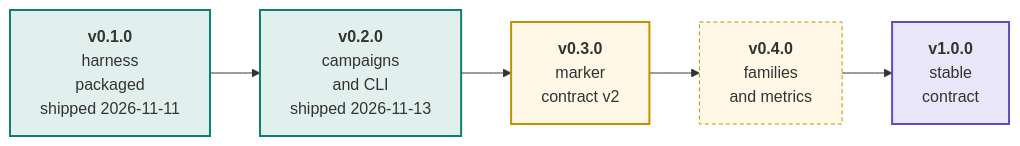
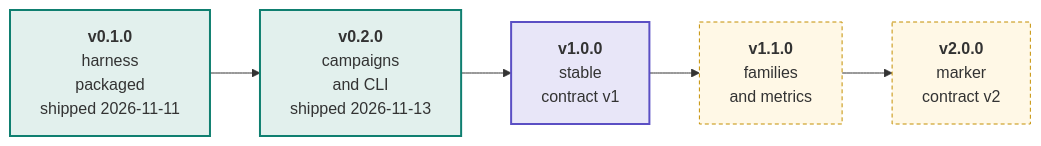
Before and after one commit to swarm-routing/ns3-tools: the first of 2 diagrams in docs/roadmap.md, drawn with Mermaid. The commit also changed other lines of this file and 7 other files, not shown here.

First line of the commit message:
docs(roadmap): v1.0.0 freezes contract v1 and the cli; contract v2 is 2.0.0 (#181)

````diff
--- a/docs/roadmap.md
+++ b/docs/roadmap.md
@@ -31,16 +47,16 @@
 ```mermaid
 flowchart LR
     V01["<b>v0.1.0</b><br/>harness<br/>packaged<br/>shipped 2026-11-11"]
     V02["<b>v0.2.0</b><br/>campaigns<br/>and CLI<br/>shipped 2026-11-13"]
-    V03["<b>v0.3.0</b><br/>marker<br/>contract v2"]
-    V04["<b>v0.4.0</b><br/>families<br/>and metrics"]
-    V10["<b>v1.0.0</b><br/>stable<br/>contract"]
+    V10["<b>v1.0.0</b><br/>stable<br/>contract v1"]
+    V11["<b>v1.1.0</b><br/>families<br/>and metrics"]
+    V20["<b>v2.0.0</b><br/>marker<br/>contract v2"]
 
-    V01 --> V02 --> V03 --> V04 --> V10
+    V01 --> V02 --> V10 --> V11 --> V20
 
     style V01 fill:#e2f0ed,stroke:#0f7f70,stroke-width:2px
     style V02 fill:#e2f0ed,stroke:#0f7f70,stroke-width:2px
-    style V03 fill:#fff8e6,stroke:#c48f00,stroke-width:2px
-    style V04 fill:#fff8e6,stroke:#c48f00,stroke-dasharray:4 3
     style V10 fill:#e8e6f8,stroke:#5b4fc4,stroke-width:2px
+    style V11 fill:#fff8e6,stroke:#c48f00,stroke-dasharray:4 3
+    style V20 fill:#fff8e6,stroke:#c48f00,stroke-dasharray:4 3
 ```
````
